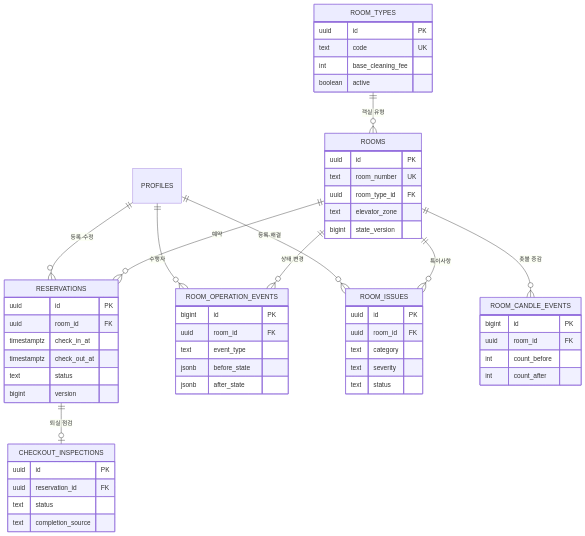
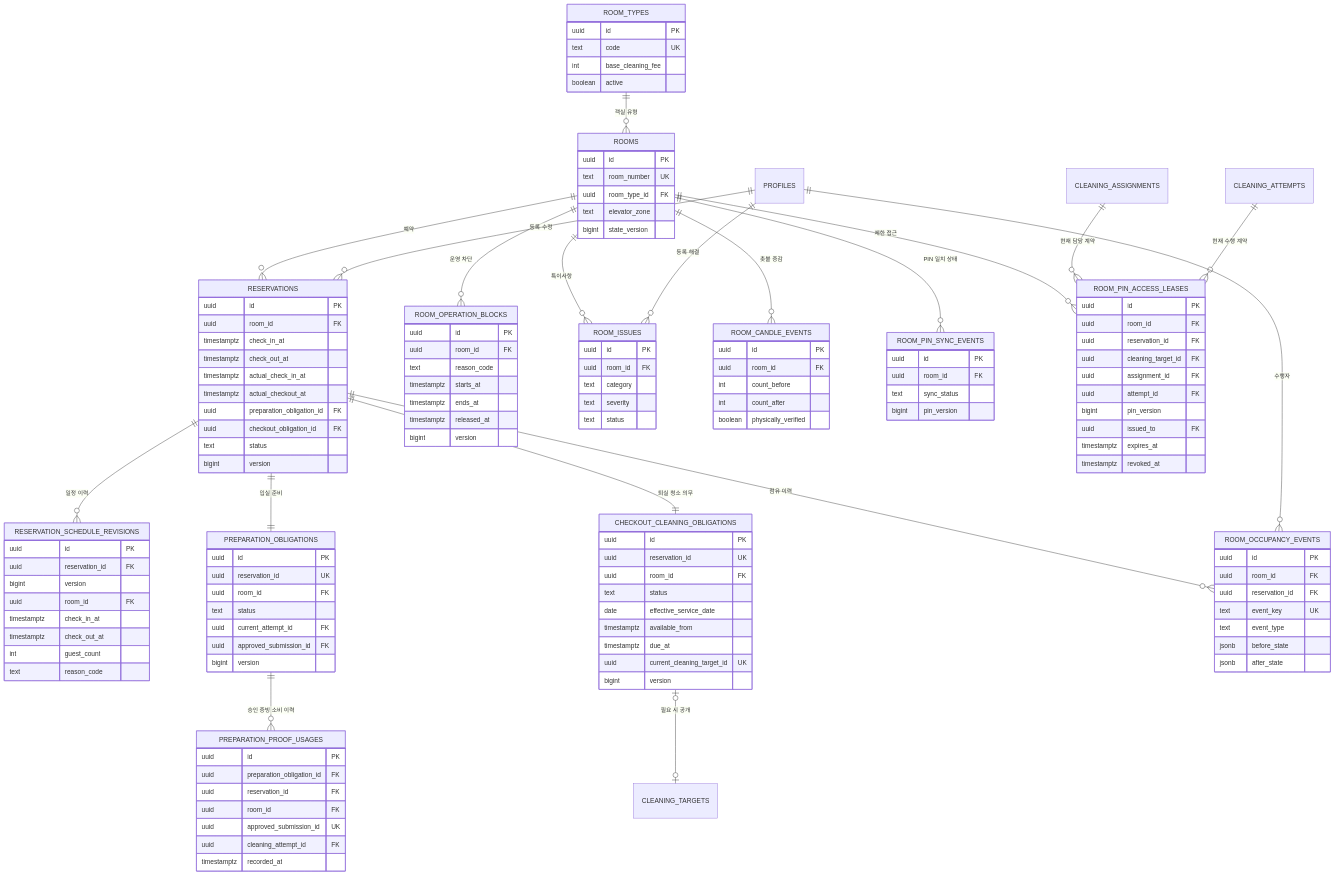
One commit to wrongstory/room-management-system-backend changed the third of 5 diagrams in docs/ERD.md. Above: the diagram before and after it, drawn with Mermaid. The commit also changed other lines of this file and 61 other files, not shown here.

````diff
--- a/docs/ERD.md
+++ b/docs/ERD.md
@@ -102,12 +112,21 @@
 erDiagram
   ROOM_TYPES ||--o{ ROOMS : "객실 유형"
   ROOMS ||--o{ RESERVATIONS : "예약"
-  ROOMS ||--o{ ROOM_OPERATION_EVENTS : "상태 변경"
+  RESERVATIONS ||--o{ RESERVATION_SCHEDULE_REVISIONS : "일정 이력"
+  RESERVATIONS ||--|| PREPARATION_OBLIGATIONS : "입실 준비"
+  PREPARATION_OBLIGATIONS ||--o{ PREPARATION_PROOF_USAGES : "승인 증빙 소비 이력"
+  RESERVATIONS ||--|| CHECKOUT_CLEANING_OBLIGATIONS : "퇴실 청소 의무"
+  RESERVATIONS ||--o{ ROOM_OCCUPANCY_EVENTS : "점유 이력"
+  CHECKOUT_CLEANING_OBLIGATIONS o|--o| CLEANING_TARGETS : "필요 시 공개"
+  ROOMS ||--o{ ROOM_OPERATION_BLOCKS : "운영 차단"
   ROOMS ||--o{ ROOM_ISSUES : "특이사항"
   ROOMS ||--o{ ROOM_CANDLE_EVENTS : "촛불 증감"
-  RESERVATIONS ||--o| CHECKOUT_INSPECTIONS : "퇴실 점검"
+  ROOMS ||--o{ ROOM_PIN_SYNC_EVENTS : "PIN 일치 상태"
+  ROOMS ||--o{ ROOM_PIN_ACCESS_LEASES : "제한 접근"
+  CLEANING_ASSIGNMENTS ||--o{ ROOM_PIN_ACCESS_LEASES : "현재 담당 계약"
+  CLEANING_ATTEMPTS ||--o{ ROOM_PIN_ACCESS_LEASES : "현재 수행 계약"
   PROFILES ||--o{ RESERVATIONS : "등록·수정"
-  PROFILES ||--o{ ROOM_OPERATION_EVENTS : "수행자"
+  PROFILES ||--o{ ROOM_OCCUPANCY_EVENTS : "수행자"
   PROFILES ||--o{ ROOM_ISSUES : "등록·해결"
 
   ROOM_TYPES {
@@ -128,15 +147,69 @@
     uuid room_id FK
     timestamptz check_in_at
     timestamptz check_out_at
+    timestamptz actual_check_in_at
+    timestamptz actual_checkout_at
+    uuid preparation_obligation_id FK
+    uuid checkout_obligation_id FK
     text status
     bigint version
   }
-  ROOM_OPERATION_EVENTS {
-    bigint id PK
+  RESERVATION_SCHEDULE_REVISIONS {
+    uuid id PK
+    uuid reservation_id FK
+    bigint version
     uuid room_id FK
+    timestamptz check_in_at
+    timestamptz check_out_at
+    int guest_count
+    text reason_code
+  }
+  PREPARATION_OBLIGATIONS {
+    uuid id PK
+    uuid reservation_id UK
+    uuid room_id FK
+    text status
+    uuid current_attempt_id FK
+    uuid approved_submission_id FK
+    bigint version
+  }
+  PREPARATION_PROOF_USAGES {
+    uuid id PK
+    uuid preparation_obligation_id FK
+    uuid reservation_id FK
+    uuid room_id FK
+    uuid approved_submission_id UK
+    uuid cleaning_attempt_id FK
+    timestamptz recorded_at
+  }
+  CHECKOUT_CLEANING_OBLIGATIONS {
+    uuid id PK
+    uuid reservation_id UK
+    uuid room_id FK
+    text status
+    date effective_service_date
+    timestamptz available_from
+    timestamptz due_at
+    uuid current_cleaning_target_id UK
+    bigint version
+  }
+  ROOM_OCCUPANCY_EVENTS {
+    uuid id PK
+    uuid room_id FK
+    uuid reservation_id FK
+    text event_key UK
     text event_type
     jsonb before_state
     jsonb after_state
+  }
+  ROOM_OPERATION_BLOCKS {
+    uuid id PK
+    uuid room_id FK
+    text reason_code
+    timestamptz starts_at
+    timestamptz ends_at
+    timestamptz released_at
+    bigint version
   }
   ROOM_ISSUES {
     uuid id PK
@@ -146,15 +219,28 @@
     text status
   }
   ROOM_CANDLE_EVENTS {
-    bigint id PK
+    uuid id PK
     uuid room_id FK
     int count_before
     int count_after
+    boolean physically_verified
   }
-  CHECKOUT_INSPECTIONS {
+  ROOM_PIN_SYNC_EVENTS {
     uuid id PK
+    uuid room_id FK
+    text sync_status
+    bigint pin_version
+  }
+  ROOM_PIN_ACCESS_LEASES {
+    uuid id PK
+    uuid room_id FK
     uuid reservation_id FK
-    text status
-    text completion_source
+    uuid cleaning_target_id FK
+    uuid assignment_id FK
+    uuid attempt_id FK
+    bigint pin_version
+    uuid issued_to FK
+    timestamptz expires_at
+    timestamptz revoked_at
   }
 ```
````
